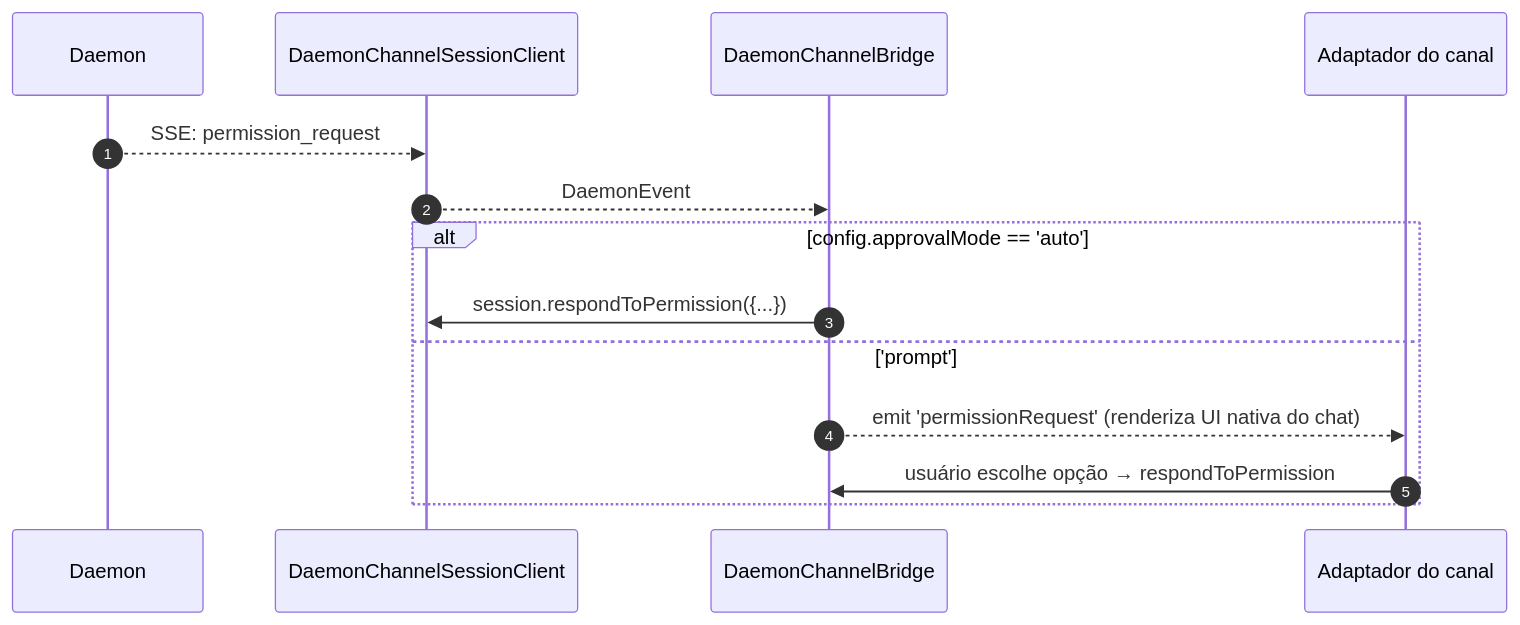
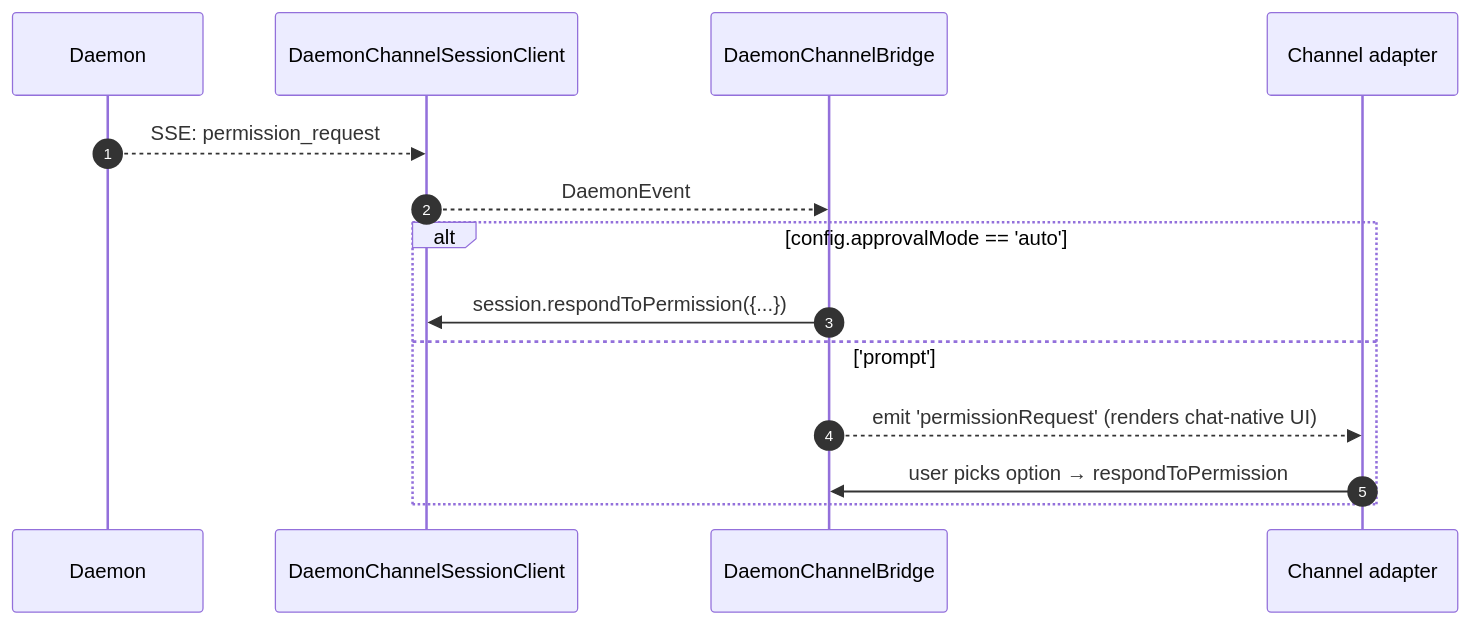
The third of 3 diagrams in website/content/pt-BR/developers/daemon/15-channel-adapters.md (QwenLM/qwen-code-docs), drawn with Mermaid before and after one commit. The commit also changed other lines of this file and 1077 other files, not shown here.

````diff
--- a/website/content/pt-BR/developers/daemon/15-channel-adapters.md
+++ b/website/content/pt-BR/developers/daemon/15-channel-adapters.md
@@ -134,17 +135,17 @@
 ```mermaid
 sequenceDiagram
     autonumber
     participant D as Daemon
     participant SC as DaemonChannelSessionClient
     participant BR as DaemonChannelBridge
-    participant AD as Adaptador do canal
+    participant AD as Channel adapter
 
     D-->>SC: SSE: permission_request
     SC-->>BR: DaemonEvent
     alt config.approvalMode == 'auto'
         BR->>SC: session.respondToPermission({...})
     else 'prompt'
-        BR-->>AD: emit 'permissionRequest' (renderiza UI nativa do chat)
-        AD->>BR: usuário escolhe opção → respondToPermission
+        BR-->>AD: emit 'permissionRequest' (renders chat-native UI)
+        AD->>BR: user picks option → respondToPermission
     end
 ```
````
